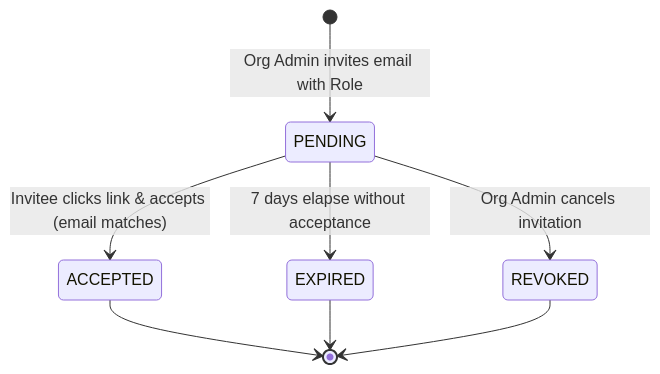
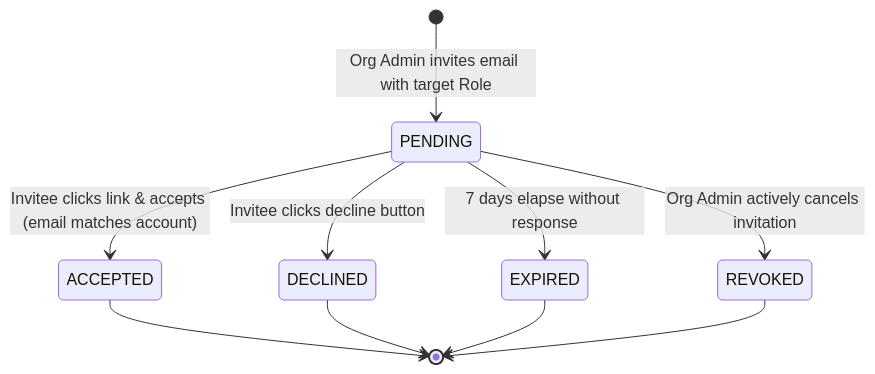
Before and after one commit to Y0oLK/teamflow: the second of 7 diagrams in docs/00-project-overview/user-journeys-and-workflows.md, drawn with Mermaid. The commit also changed other lines of this file and 5 other files, not shown here.

````diff
--- a/docs/00-project-overview/user-journeys-and-workflows.md
+++ b/docs/00-project-overview/user-journeys-and-workflows.md
@@ -66,10 +71,12 @@
 ```mermaid
 stateDiagram-v2
-    [*] --> PENDING: Org Admin invites email with Role
-    PENDING --> ACCEPTED: Invitee clicks link & accepts (email matches)
-    PENDING --> EXPIRED: 7 days elapse without acceptance
-    PENDING --> REVOKED: Org Admin cancels invitation
+    [*] --> PENDING: Org Admin invites email with target Role
+    PENDING --> ACCEPTED: Invitee clicks link & accepts (email matches account)
+    PENDING --> DECLINED: Invitee clicks decline button
+    PENDING --> EXPIRED: 7 days elapse without response
+    PENDING --> REVOKED: Org Admin actively cancels invitation
     ACCEPTED --> [*]
+    DECLINED --> [*]
     EXPIRED --> [*]
     REVOKED --> [*]
 ```
````
